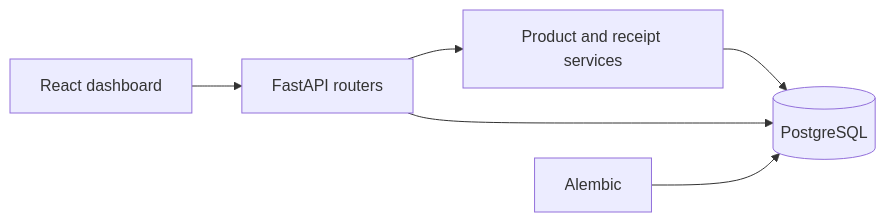
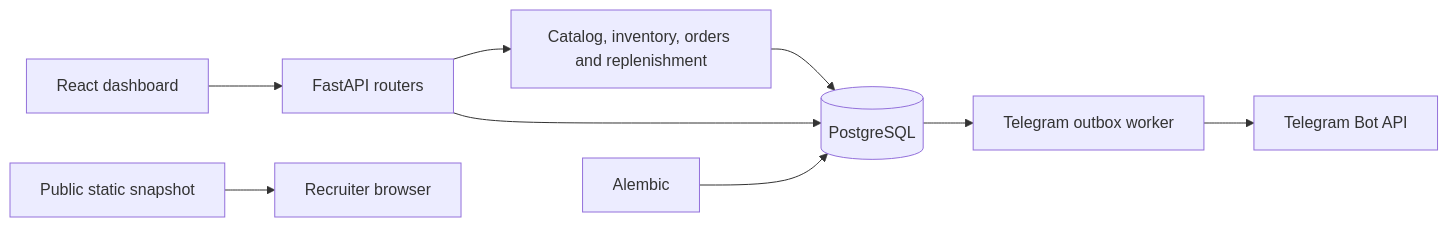
One commit to Adn2805/Stockflow changed the diagram in README.md. Above: the diagram before and after it, drawn with Mermaid. The commit also changed other lines of this file and 20 other files, not shown here.

Commit message:
Add replenishment and Telegram outbox

````diff
--- a/README.md
+++ b/README.md
@@ -13,8 +13,11 @@
 ```mermaid
 flowchart LR
     Client[React dashboard] --> API[FastAPI routers]
-    API --> Services[Product and receipt services]
+    API --> Services[Catalog, inventory, orders and replenishment]
     Services --> DB[(PostgreSQL)]
     API --> DB
     Alembic --> DB
+    DB --> Worker[Telegram outbox worker]
+    Worker --> Telegram[Telegram Bot API]
+    Snapshot[Public static snapshot] --> Browser[Recruiter browser]
 ```
````
